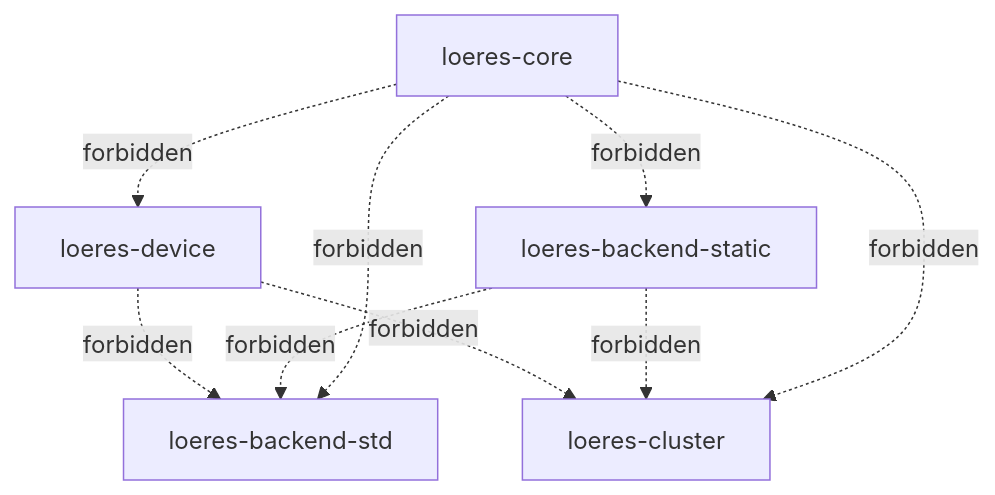
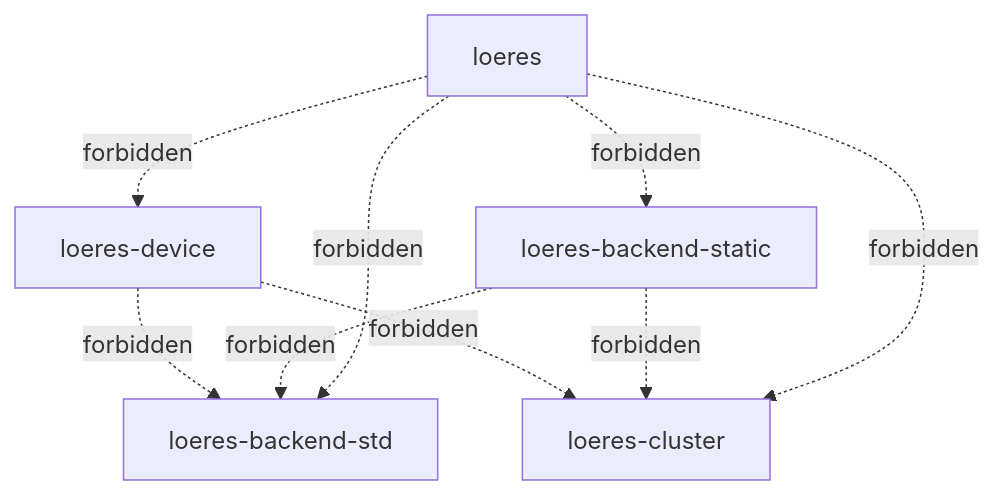
One commit to nabbisen/loeres changed the second of 5 diagrams in docs/specs/loeres-external-design-v1.md. Above: the diagram before and after it, drawn with Mermaid. The commit also changed other lines of this file and 7 other files, not shown here.

````diff
--- a/docs/specs/loeres-external-design-v1.md
+++ b/docs/specs/loeres-external-design-v1.md
@@ -187,17 +190,17 @@
 ```mermaid
 graph TD
     Device[loeres-device]
     StaticBackend[loeres-backend-static]
-    Core[loeres-core]
+    Core[loeres]
     Cluster[loeres-cluster]
     StdBackend[loeres-backend-std]
 
     Device -. forbidden .-> Cluster
     Device -. forbidden .-> StdBackend
     StaticBackend -. forbidden .-> StdBackend
     StaticBackend -. forbidden .-> Cluster
     Core -. forbidden .-> StaticBackend
     Core -. forbidden .-> StdBackend
     Core -. forbidden .-> Cluster
     Core -. forbidden .-> Device
 ```
````
